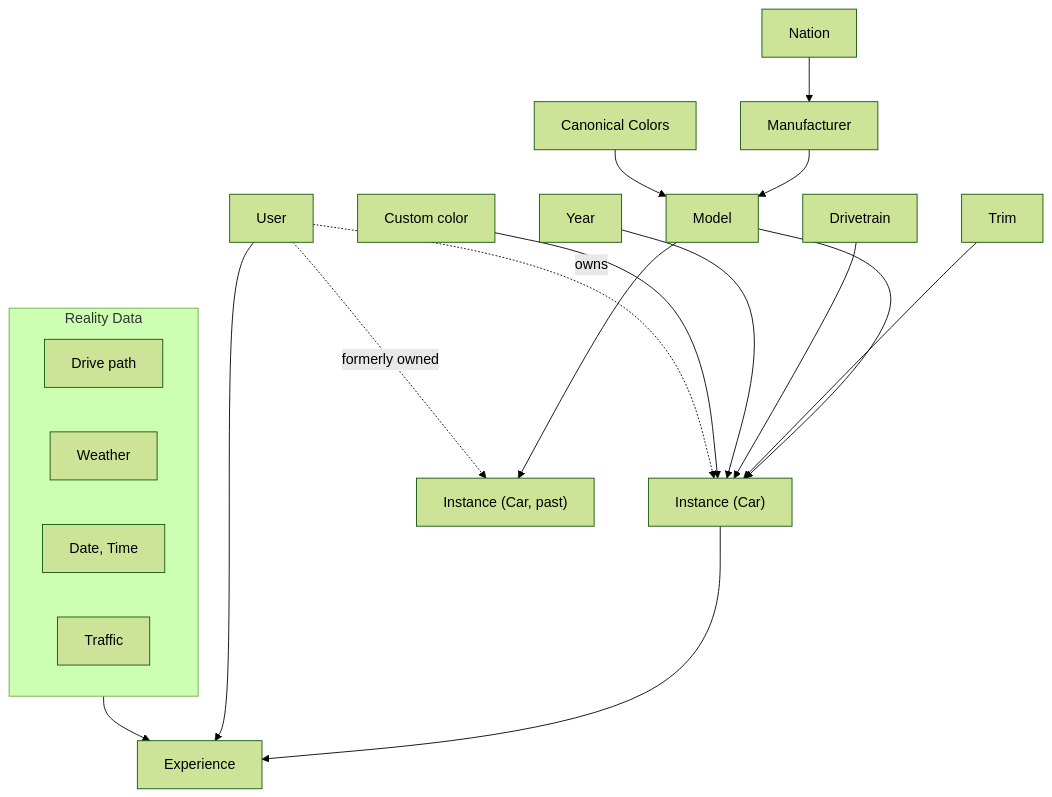
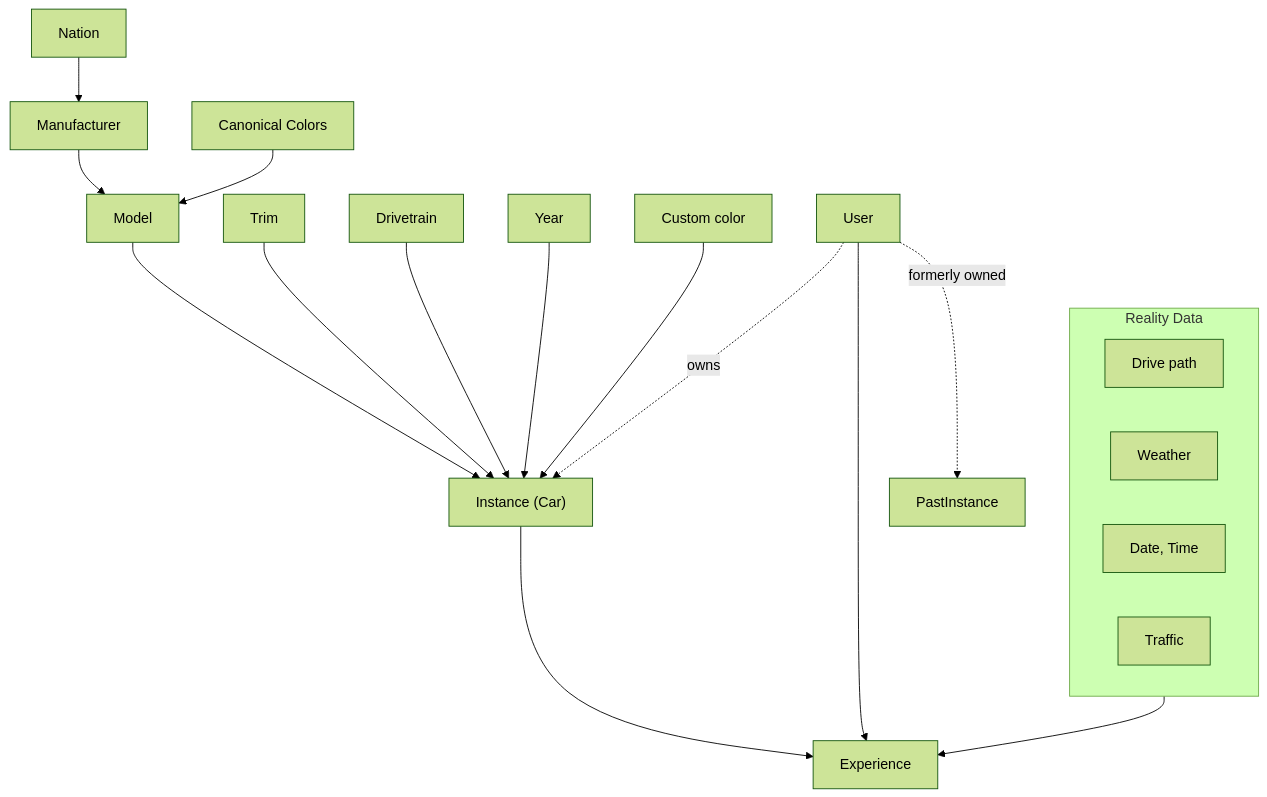
Before and after one commit to UUeird/dyno: the diagram in docs/product.md, drawn with Mermaid (forest theme).

Commit message:
Remove Model to past-Instance link in product flow chart

````diff
--- a/docs/product.md
+++ b/docs/product.md
@@ -7,21 +7,20 @@
 ```mermaid
 flowchart TD
     Nation --> Manufacturer --> Model --> Instance["Instance (Car)"] --> Experience
-    Model --> PastInstance["Instance (Car, past)"]
     Trim --> Instance
     Drivetrain --> Instance
     Year --> Instance
     User --> Experience
     CanonicalColors["Canonical Colors"] --> Model
     CustomColor["Custom color"] --> Instance
     User -. owns .-> Instance
     User -. formerly owned .-> PastInstance
 
     subgraph RealityData["Reality Data"]
         DrivePath["Drive path"]
         Weather
         DateTime["Date, Time"]
         Traffic
     end
     RealityData --> Experience
 ```
````
